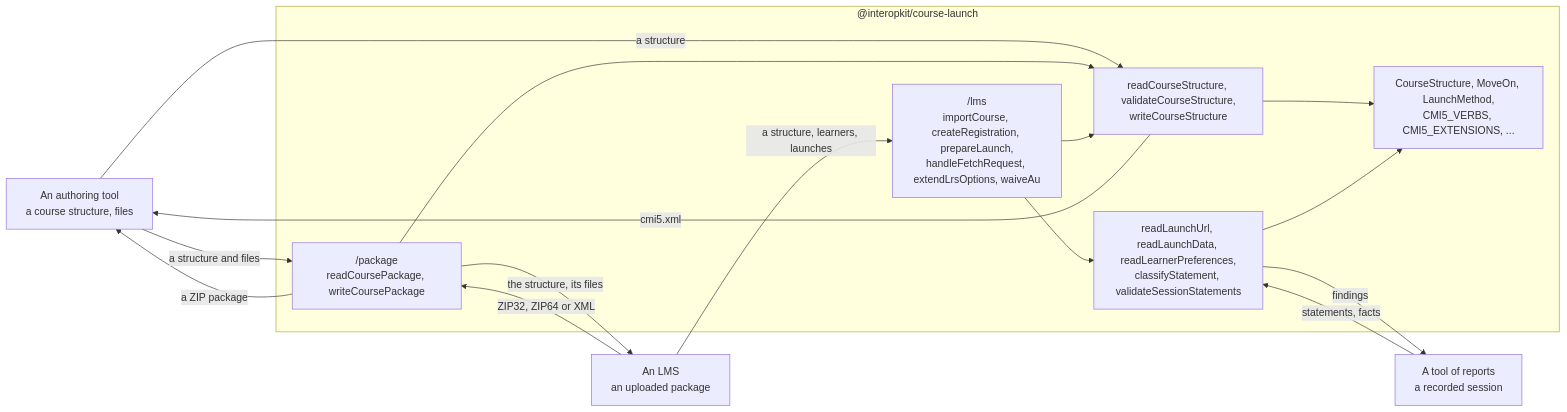
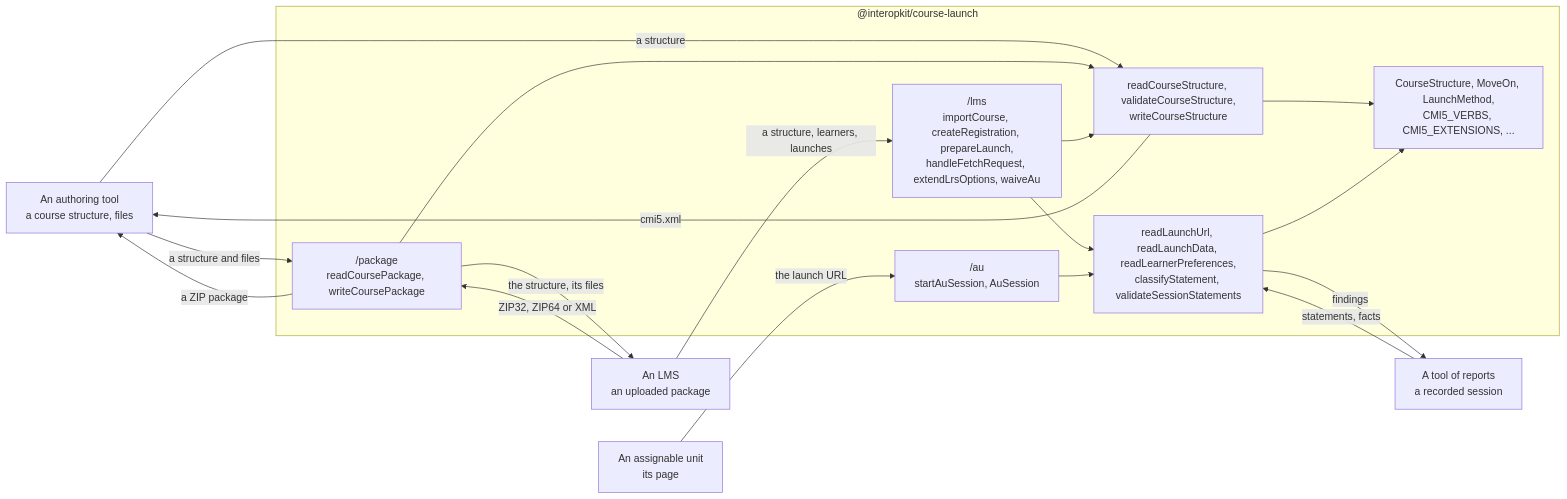
The diagram in packages/course-launch/README.md (interopkit/interopkit), drawn with Mermaid before and after one commit. The commit also changed other lines of this file and 36 other files, not shown here.

Commit message:
Add the runtime of a cmi5 assignable unit: its start from the launch URL, its statements judged by the rules before they leave, and a reload

````diff
--- a/packages/course-launch/README.md
+++ b/packages/course-launch/README.md
@@ -9,27 +9,31 @@
 ```mermaid
 flowchart LR
   publisher["An authoring tool<br/>a course structure, files"]
   lms["An LMS<br/>an uploaded package"]
   subgraph pkg["@interopkit/course-launch"]
     model["CourseStructure, MoveOn, LaunchMethod,<br/>CMI5_VERBS, CMI5_EXTENSIONS, ..."]
     structure["readCourseStructure, validateCourseStructure,<br/>writeCourseStructure"]
     package["/package<br/>readCoursePackage, writeCoursePackage"]
     rules["readLaunchUrl, readLaunchData, readLearnerPreferences,<br/>classifyStatement, validateSessionStatements"]
     lmsapi["/lms<br/>importCourse, createRegistration, prepareLaunch,<br/>handleFetchRequest, extendLrsOptions, waiveAu"]
+    runtime["/au<br/>startAuSession, AuSession"]
   end
+  unit["An assignable unit<br/>its page"]
   tool["A tool of reports<br/>a recorded session"]
   tool -->|"statements, facts"| rules
   rules -->|"findings"| tool
   publisher -->|"a structure"| structure
   structure -->|"cmi5.xml"| publisher
   publisher -->|"a structure and files"| package
   package -->|"a ZIP package"| publisher
   lms -->|"ZIP32, ZIP64 or XML"| package
   package -->|"the structure, its files"| lms
   structure --> model
   package --> structure
   rules --> model
   lms -->|"a structure, learners, launches"| lmsapi
   lmsapi --> rules
   lmsapi --> structure
+  unit -->|"the launch URL"| runtime
+  runtime --> rules
 ```
````
